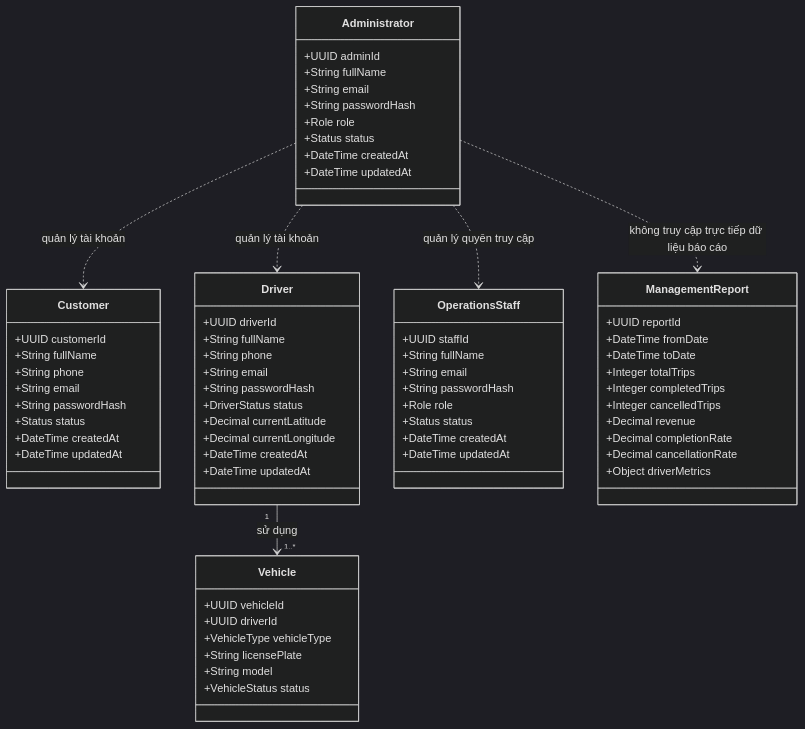
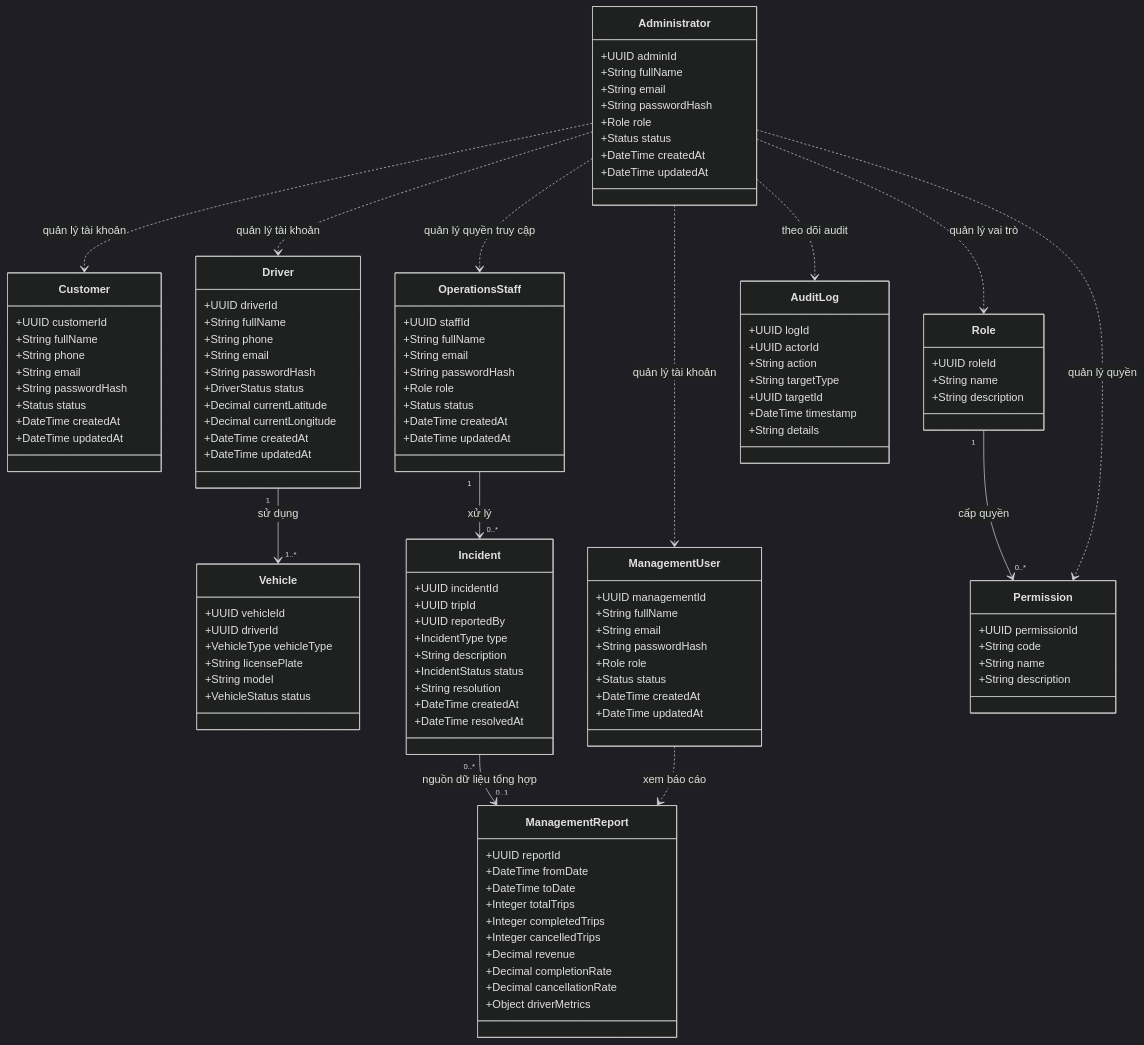
One commit to vthaix/23674231_TranVanThai_Cabsystem changed the third of 7 diagrams in srs_fnl.md. Above: the diagram before and after it, drawn with Mermaid (dark theme). The commit also changed other lines of this file, not shown here.

````diff
--- a/srs_fnl.md
+++ b/srs_fnl.md
@@ -477,6 +798,52 @@
         +DateTime updatedAt
     }
 
+    class ManagementUser {
+        +UUID managementId
+        +String fullName
+        +String email
+        +String passwordHash
+        +Role role
+        +Status status
+        +DateTime createdAt
+        +DateTime updatedAt
+    }
+
+    class Incident {
+        +UUID incidentId
+        +UUID tripId
+        +UUID reportedBy
+        +IncidentType type
+        +String description
+        +IncidentStatus status
+        +String resolution
+        +DateTime createdAt
+        +DateTime resolvedAt
+    }
+
+    class Role {
+        +UUID roleId
+        +String name
+        +String description
+    }
+
+    class Permission {
+        +UUID permissionId
+        +String code
+        +String name
+        +String description
+    }
+
+    class AuditLog {
+        +UUID logId
+        +UUID actorId
+        +String action
+        +String targetType
+        +UUID targetId
+        +DateTime timestamp
+        +String details
+    }
+
     class ManagementReport {
         +UUID reportId
         +DateTime fromDate
@@ -491,8 +858,15 @@
     }
 
     Driver "1" --> "1..*" Vehicle : sử dụng
+    OperationsStaff "1" --> "0..*" Incident : xử lý
+    Incident "0..*" --> "0..1" ManagementReport : nguồn dữ liệu tổng hợp
+    Role "1" --> "0..*" Permission : cấp quyền
     Administrator ..> Customer : quản lý tài khoản
     Administrator ..> Driver : quản lý tài khoản
     Administrator ..> OperationsStaff : quản lý quyền truy cập
-    Administrator ..> ManagementReport : không truy cập trực tiếp dữ liệu báo cáo
+    Administrator ..> ManagementUser : quản lý tài khoản
+    Administrator ..> Role : quản lý vai trò
+    Administrator ..> Permission : quản lý quyền
+    Administrator ..> AuditLog : theo dõi audit
+    ManagementUser ..> ManagementReport : xem báo cáo
 ```
````
